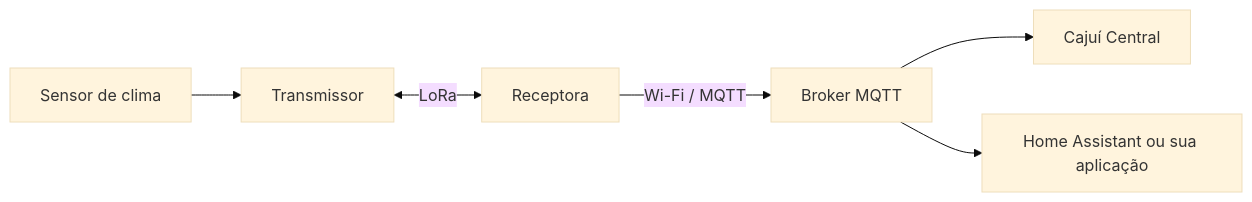
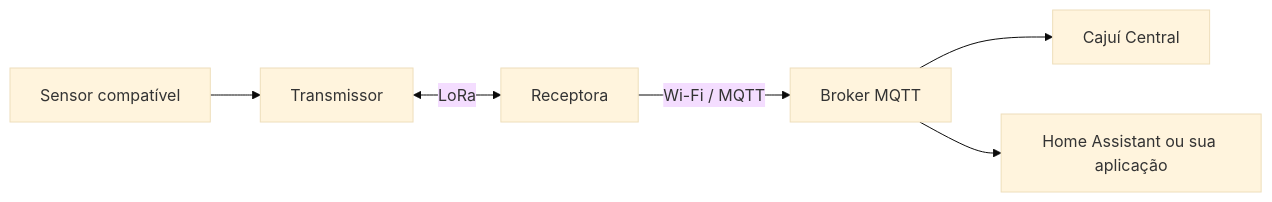
Before and after one commit to cajui/cajui-firmware: the diagram in README.pt-BR.md, drawn with Mermaid (base theme). The commit also changed other lines of this file and 1 other file, not shown here.

First line of the commit message:
docs: clarify the low-power sensor network vision

````diff
--- a/README.pt-BR.md
+++ b/README.pt-BR.md
@@ -14,8 +25,8 @@
 ```mermaid
 flowchart LR
-    S[Sensor de clima] --> T[Transmissor]
+    S[Sensor compatível] --> T[Transmissor]
     T <-->|LoRa| R[Receptora]
     R -->|Wi-Fi / MQTT| B[Broker MQTT]
     B --> C[Cajuí Central]
     B --> H[Home Assistant ou sua aplicação]
 ```
````
